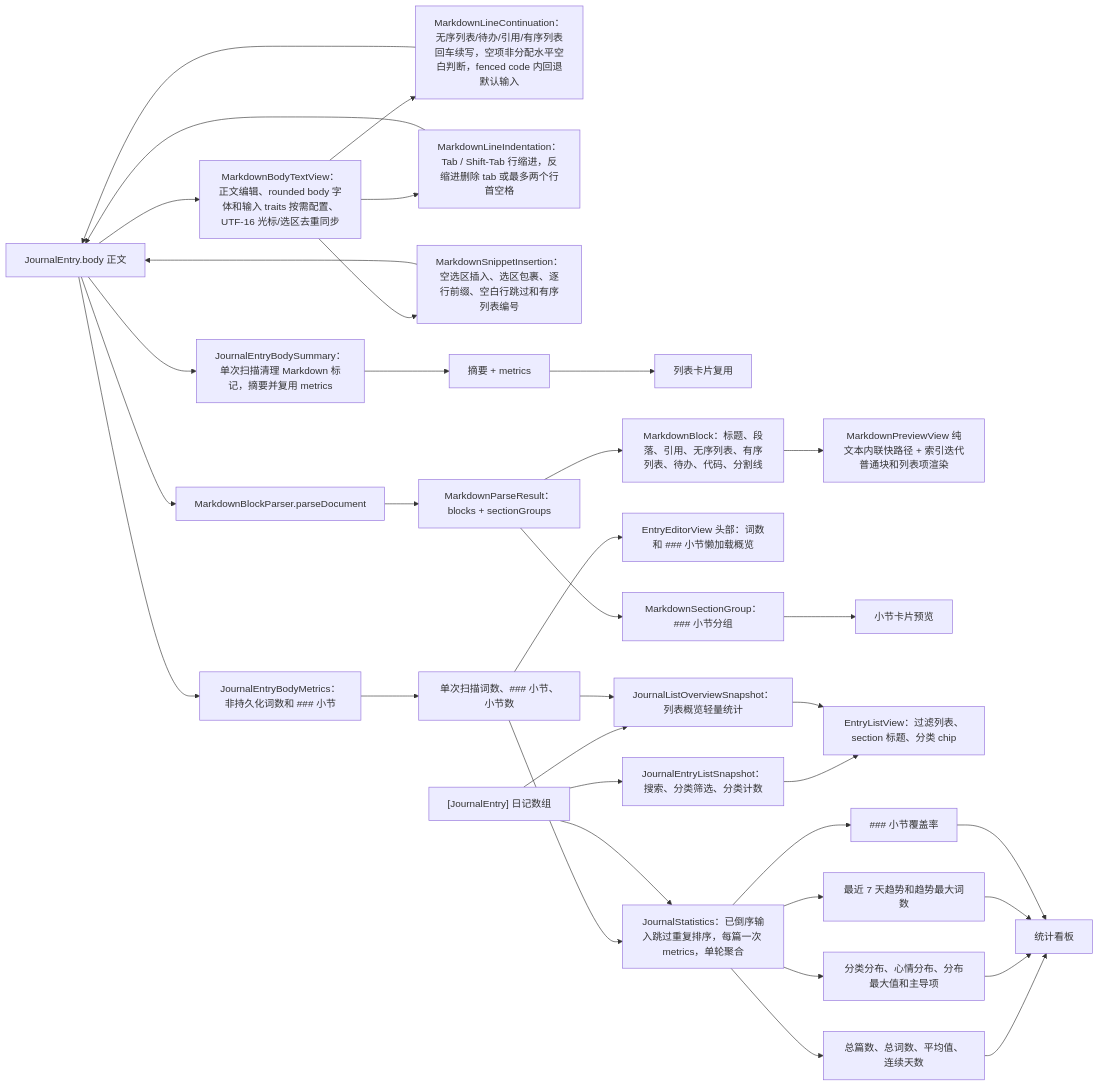
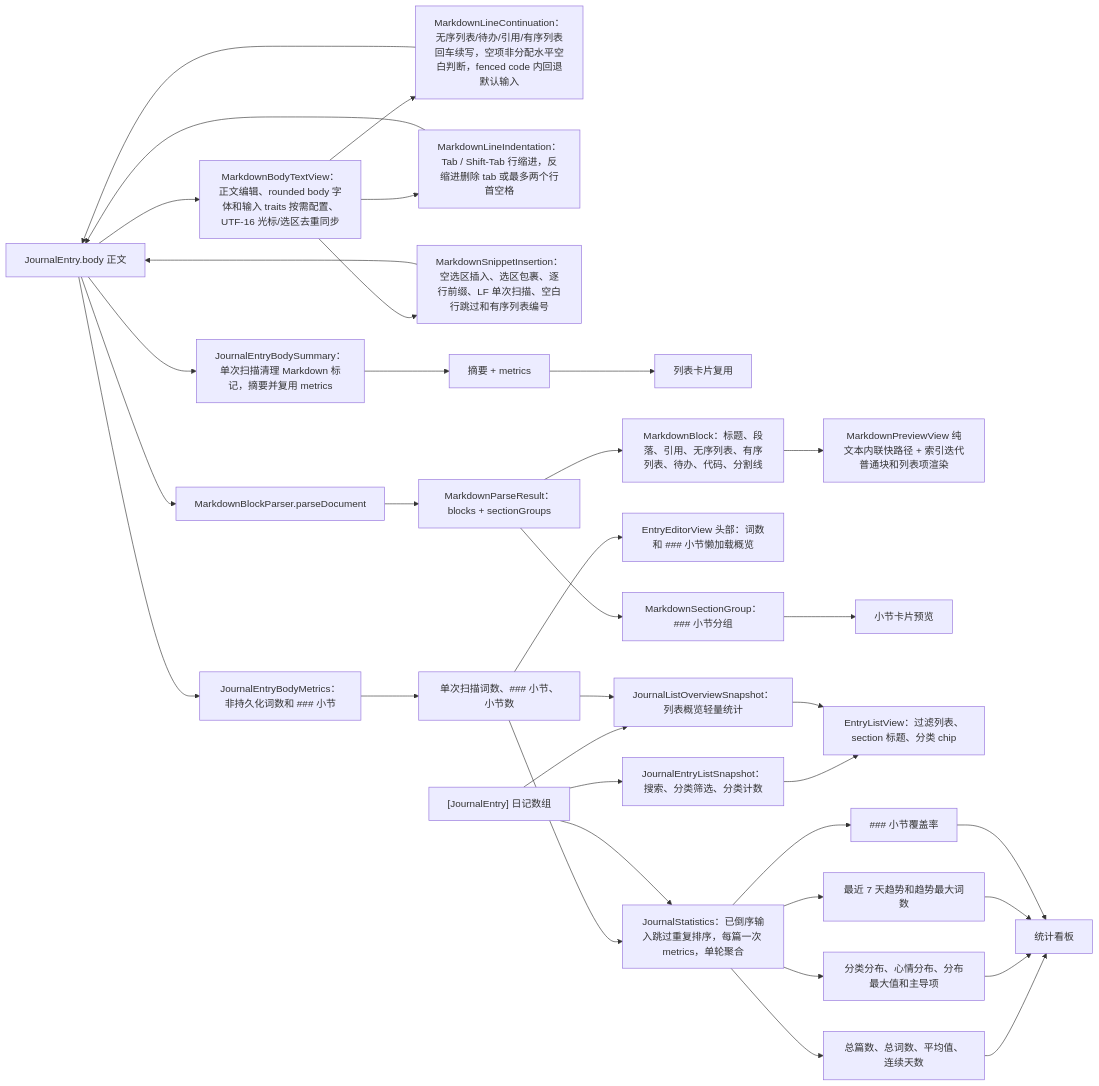
Before and after one commit to Altman-sam114/117: the fourth of 6 diagrams in md/flow/flowchart.md, drawn with Mermaid. The commit also changed other lines of this file and 8 other files, not shown here.

````diff
--- a/md/flow/flowchart.md
+++ b/md/flow/flowchart.md
@@ -121,37 +121,37 @@
 ```mermaid
 flowchart LR
   Body["JournalEntry.body 正文"] --> MetricsNode2["JournalEntryBodyMetrics：非持久化词数和 ### 小节"]
   Body --> Summary["JournalEntryBodySummary：单次扫描清理 Markdown 标记，摘要并复用 metrics"]
   Body --> BodyText["MarkdownBodyTextView：正文编辑、rounded body 字体和输入 traits 按需配置、UTF-16 光标/选区去重同步"]
   BodyText --> ContinueRule["MarkdownLineContinuation：无序列表/待办/引用/有序列表回车续写，空项非分配水平空白判断，fenced code 内回退默认输入"]
   ContinueRule --> Body
   BodyText --> IndentRule["MarkdownLineIndentation：Tab / Shift-Tab 行缩进，反缩进删除 tab 或最多两个行首空格"]
   IndentRule --> Body
-  BodyText --> InsertRule["MarkdownSnippetInsertion：空选区插入、选区包裹、逐行前缀、空白行跳过和有序列表编号"]
+  BodyText --> InsertRule["MarkdownSnippetInsertion：空选区插入、选区包裹、逐行前缀、LF 单次扫描、空白行跳过和有序列表编号"]
   InsertRule --> Body
   MetricsNode2 --> MetricsData["单次扫描词数、### 小节、小节数"]
   Summary --> Excerpt["摘要 + metrics"]
   Excerpt --> RowEditor["列表卡片复用"]
   MetricsData --> Statistics["JournalStatistics：已倒序输入跳过重复排序，每篇一次 metrics，单轮聚合"]
   MetricsData --> EditorHeader["EntryEditorView 头部：词数和 ### 小节懒加载概览"]
   Body --> Parse["MarkdownBlockParser.parseDocument"]
   Parse --> Result["MarkdownParseResult：blocks + sectionGroups"]
   Result --> Blocks["MarkdownBlock：标题、段落、引用、无序列表、有序列表、待办、代码、分割线"]
   Blocks --> Preview["MarkdownPreviewView 纯文本内联快路径 + 索引迭代普通块和列表项渲染"]
   Result --> Sections["MarkdownSectionGroup：### 小节分组"]
   Sections --> SectionPreview["小节卡片预览"]
   Entries["[JournalEntry] 日记数组"] --> Statistics
   Entries --> ListSnapshot2["JournalEntryListSnapshot：搜索、分类筛选、分类计数"]
   ListSnapshot2 --> ListView["EntryListView：过滤列表、section 标题、分类 chip"]
   Entries --> ListOverview2["JournalListOverviewSnapshot：列表概览轻量统计"]
   MetricsData --> ListOverview2
   ListOverview2 --> ListView
   Statistics --> Metrics["总篇数、总词数、平均值、连续天数"]
   Statistics --> Distributions["分类分布、心情分布、分布最大值和主导项"]
   Statistics --> Trend["最近 7 天趋势和趋势最大词数"]
   Statistics --> Coverage["### 小节覆盖率"]
   Metrics --> Dashboard["统计看板"]
   Distributions --> Dashboard
   Trend --> Dashboard
   Coverage --> Dashboard
 ```
````
